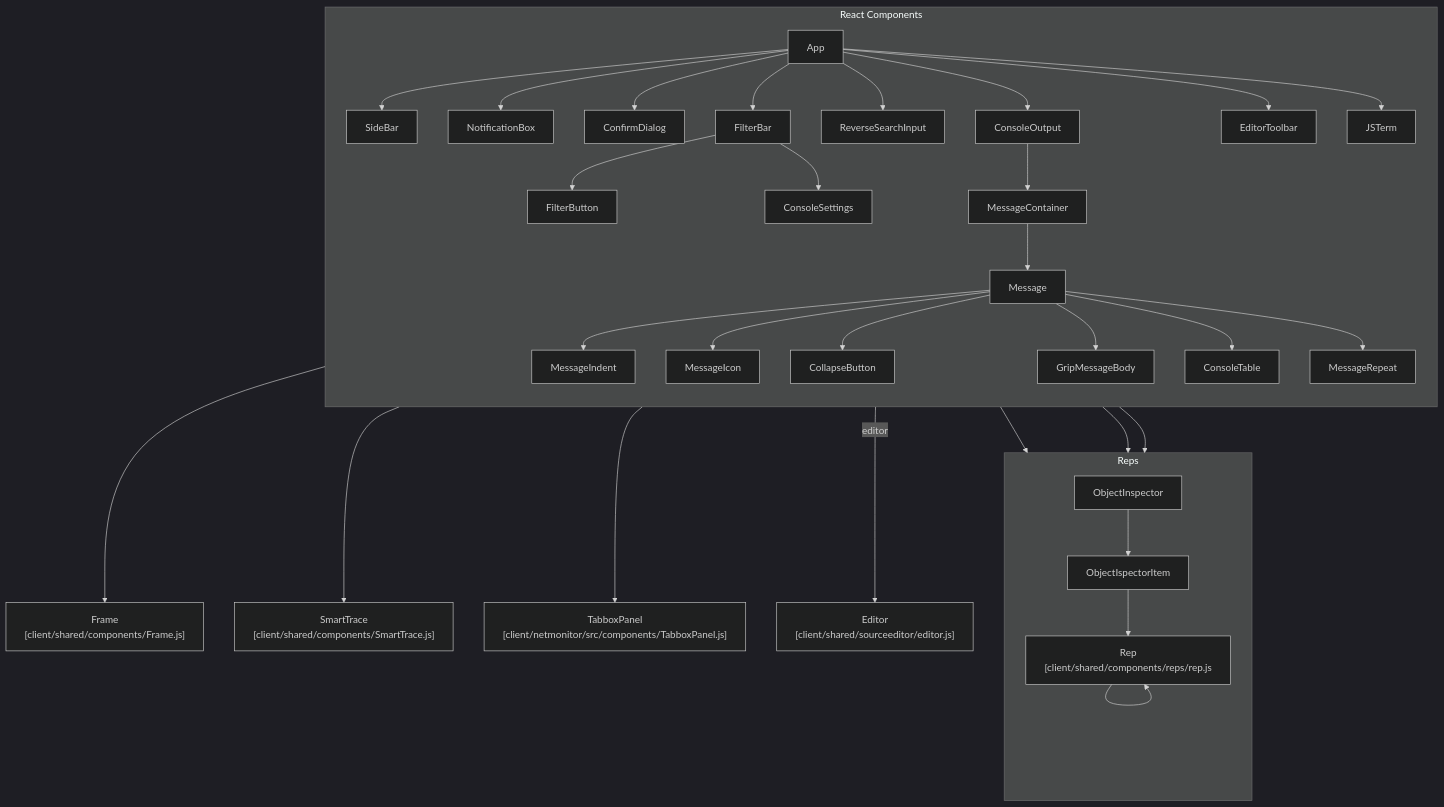
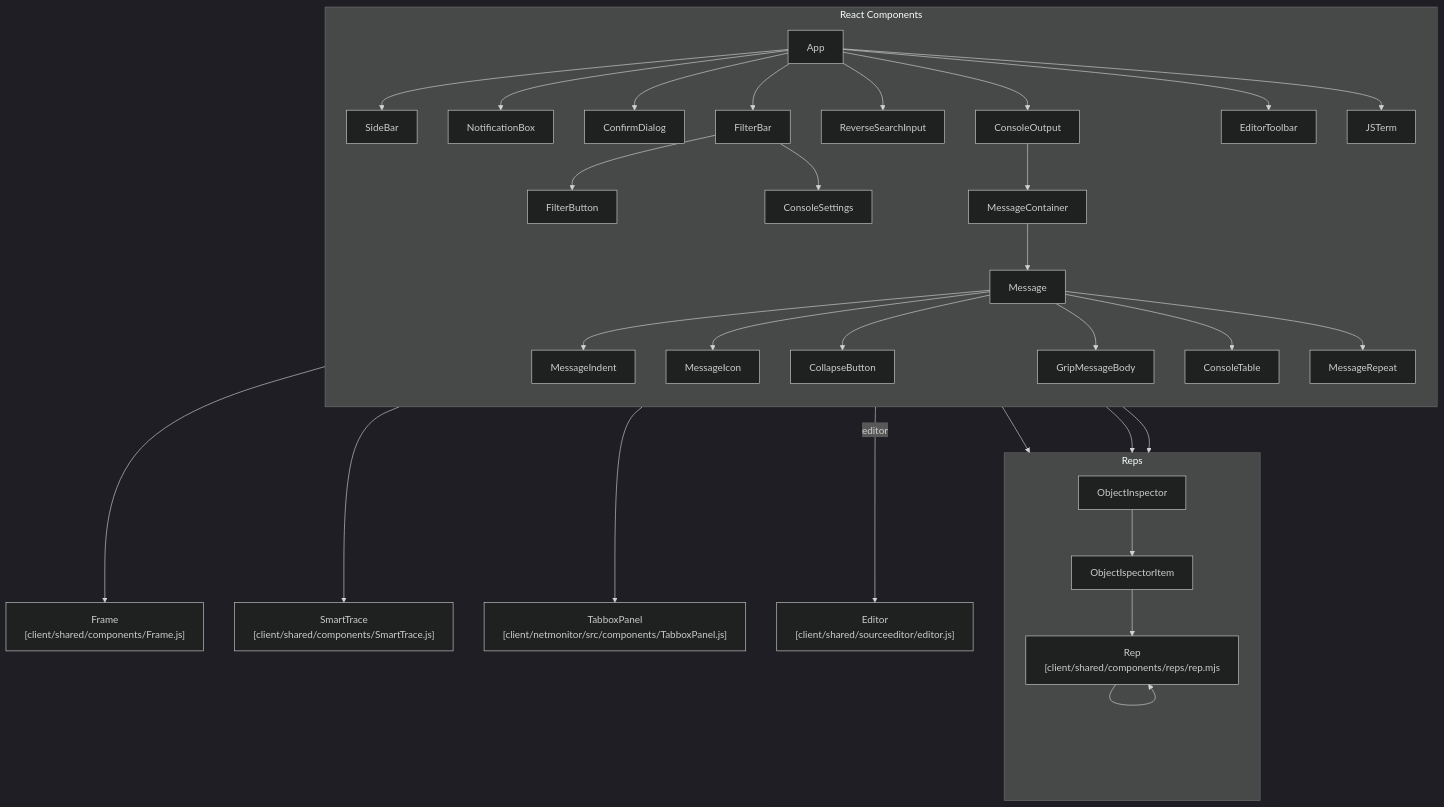
The second of 2 diagrams in devtools/docs/contributor/tools/console-panel.md (bolucat/Firefox), drawn with Mermaid (dark theme) before and after one commit. The commit also changed 855 other files, not shown here.

````diff
--- a/devtools/docs/contributor/tools/console-panel.md
+++ b/devtools/docs/contributor/tools/console-panel.md
@@ -30,17 +30,17 @@
 ```{mermaid}
 flowchart TB
 subgraph React Components
 direction TB
 App --> SideBar & NotificationBox & ConfirmDialog & FilterBar & ReverseSearchInput & ConsoleOutput & EditorToolbar & JSTerm
 FilterBar --> FilterButton & ConsoleSettings
 ConsoleOutput --> MessageContainer --> Message
 Message --> MessageIndent & MessageIcon & CollapseButton & GripMessageBody & ConsoleTable & MessageRepeat
 end
 subgraph Reps
 direction TB
-ObjectInspector["ObjectInspector"] --> ObjectIspectorItem --> Rep["Rep<br/>[client/shared/components/reps/rep.js"] --> Rep
+ObjectInspector["ObjectInspector"] --> ObjectIspectorItem --> Rep["Rep<br/>[client/shared/components/reps/rep.mjs"] --> Rep
 end
 SideBar & ConsoleTable & GripMessageBody --> Reps
 Message --> Frame["Frame<br/>[client/shared/components/Frame.js]"] & SmartTrace["SmartTrace<br/>[client/shared/components/SmartTrace.js]"] & TabboxPanel["TabboxPanel<br/>[client/netmonitor/src/components/TabboxPanel.js]"]
 JSTerm -- editor --> Editor["Editor<br/>[client/shared/sourceeditor/editor.js]"]
 ```
````
